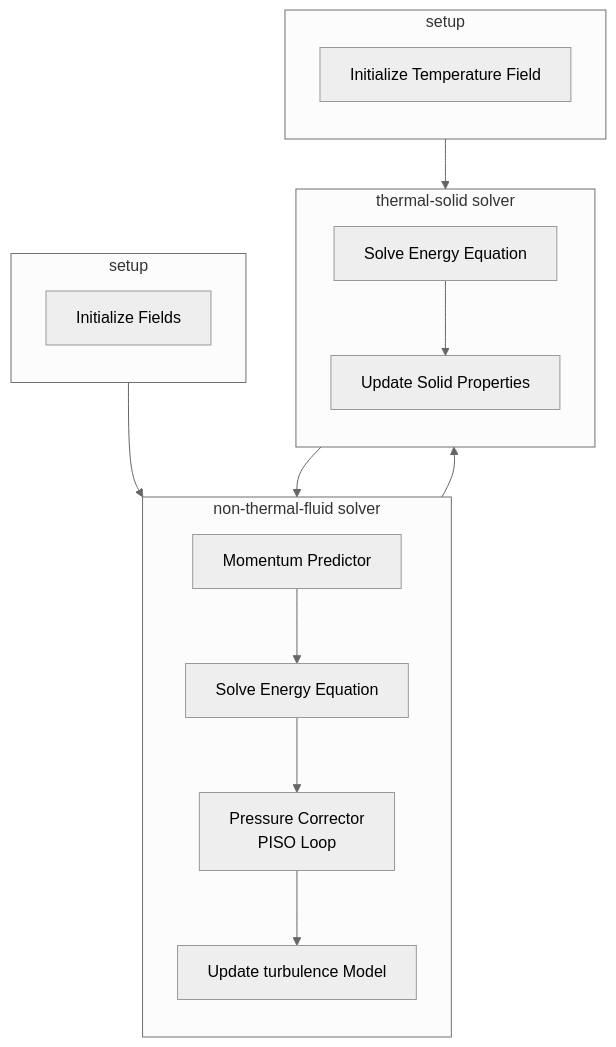
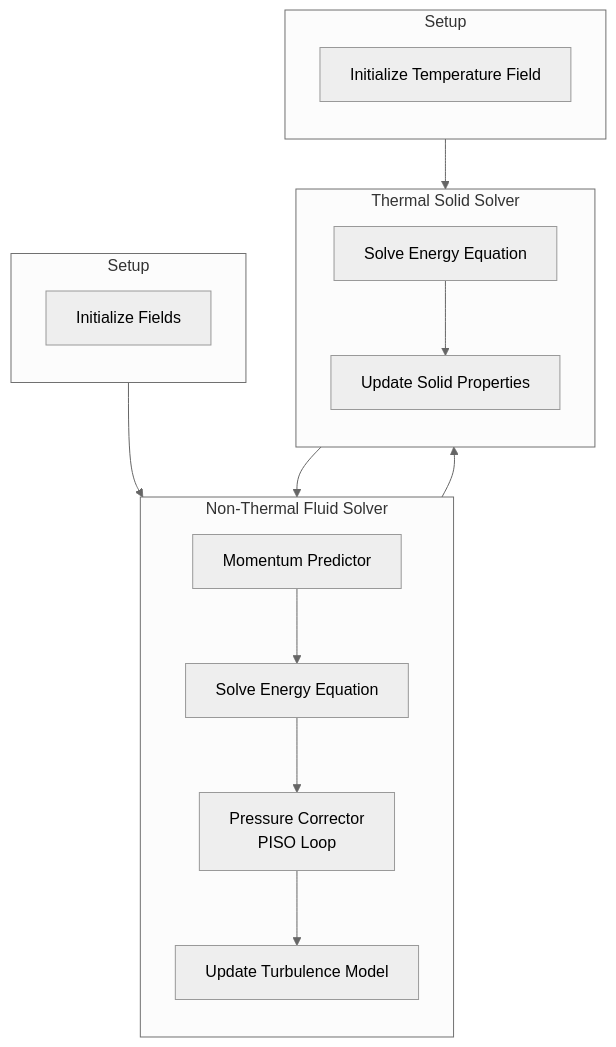
The second of 2 diagrams in doc/development/architecture.rst (exasim-project/NeoFOAM), drawn with Mermaid (neutral theme) before and after one commit. The commit also changed other lines of this file, not shown here.

```diff
--- a/doc/development/architecture.rst
+++ b/doc/development/architecture.rst
@@ -141,31 +139,31 @@
 .. mermaid::
 
     %%{init: {'flowchart': { 'htmlLabels': true, 'wrap': true }}}%%
     flowchart TB
-        subgraph setup1 ["setup "]
+        subgraph setup1 ["Setup"]
             direction TB
             S1A["Initialize Fields"]
         end
 
-        subgraph setup2 ["setup"]
+        subgraph setup2 ["Setup"]
             direction TB
             S2A["Initialize Temperature Field"]
         end
 
-        subgraph S1 ["non-thermal-fluid solver"]
+        subgraph S1 ["Non-Thermal Fluid Solver"]
             direction TB
             S1C["Momentum Predictor"]
             S1C --> S1E["Solve Energy Equation"]
             S1E --> S1F["Pressure Corrector<br/>PISO Loop"]
-            S1F --> S1J["Update turbulence Model"]
+            S1F --> S1J["Update Turbulence Model"]
         end
 
-        subgraph S2 ["thermal-solid solver"]
+        subgraph S2 ["Thermal Solid Solver"]
             direction TB
             S2B["Solve Energy Equation"] --> S2D["Update Solid Properties"]
         end
 
         setup1 --> S1C
         setup2 --> S2B
         S1E --> S2B
         S2B --> S1E
```
